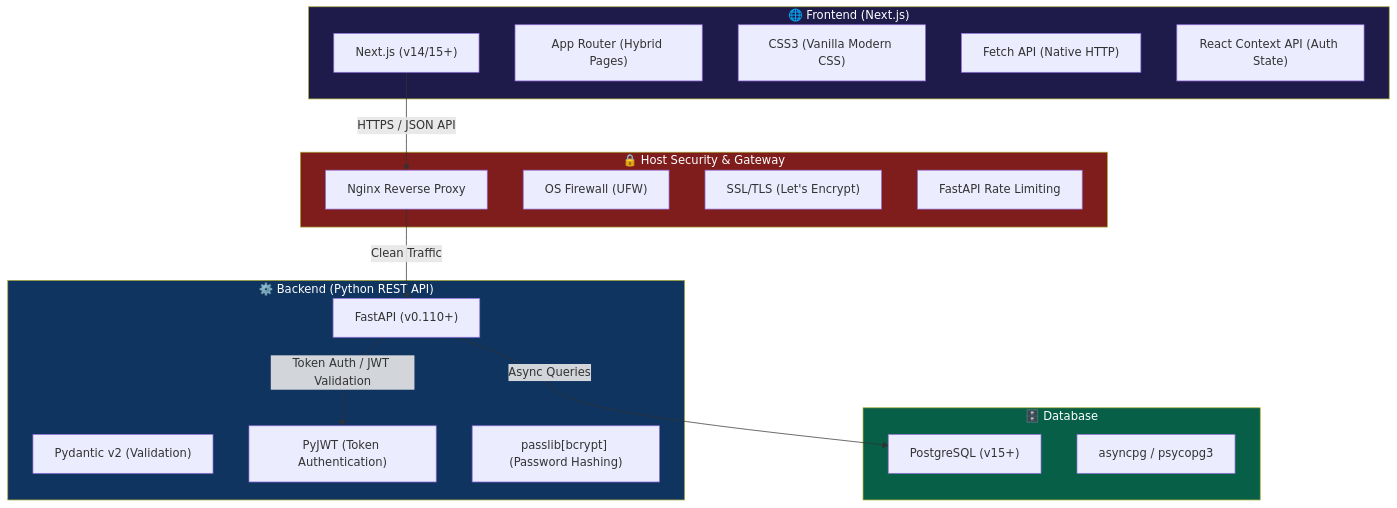
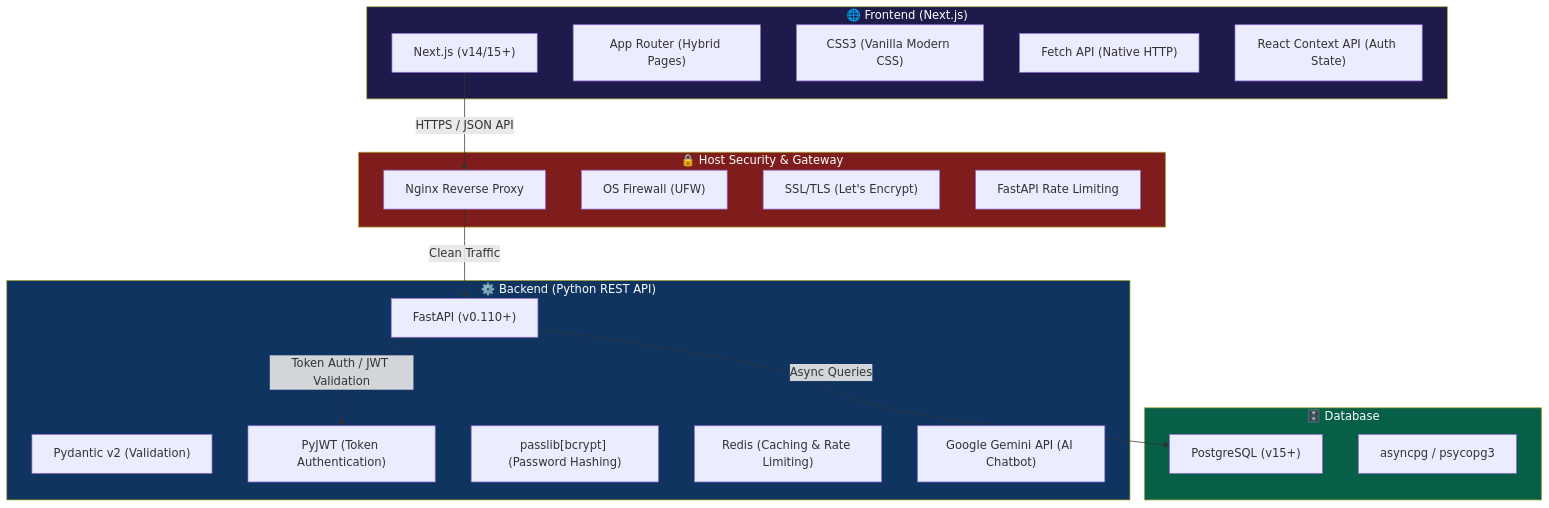
Before and after one commit to algorithnicmind/Bookflow-management: the first of 3 diagrams in docs/02-TRD.md, drawn with Mermaid. The commit also changed other lines of this file and 1 other file, not shown here.

````diff
--- a/docs/02-TRD.md
+++ b/docs/02-TRD.md
@@ -13,39 +13,41 @@
 ```mermaid
 graph TB
     subgraph Frontend["🌐 Frontend (Next.js)"]
         Next["Next.js (v14/15+)"]
         AppRouter["App Router (Hybrid Pages)"]
         CSS["CSS3 (Vanilla Modern CSS)"]
         Fetch["Fetch API (Native HTTP)"]
         Context["React Context API (Auth State)"]
     end
     
     subgraph Backend["⚙️ Backend (Python REST API)"]
         FastAPI["FastAPI (v0.110+)"]
         Pydantic["Pydantic v2 (Validation)"]
         PyJWT["PyJWT (Token Authentication)"]
         Passlib["passlib[bcrypt] (Password Hashing)"]
+        Redis["Redis (Caching & Rate Limiting)"]
+        Gemini["Google Gemini API (AI Chatbot)"]
     end
     
     subgraph Database["🗄️ Database"]
         PG["PostgreSQL (v15+)"]
         AsyncPG["asyncpg / psycopg3"]
     end
     
     subgraph Security["🔒 Host Security & Gateway"]
         Nginx["Nginx Reverse Proxy"]
         UFW["OS Firewall (UFW)"]
         SSL["SSL/TLS (Let's Encrypt)"]
         Limiter["FastAPI Rate Limiting"]
     end
     
     Next -->|HTTPS / JSON API| Nginx
     Nginx -->|Clean Traffic| FastAPI
     FastAPI -->|Token Auth / JWT Validation| PyJWT
     FastAPI -->|Async Queries| PG
     
     style Frontend fill:#1e1b4b,color:#fff
     style Backend fill:#0f3460,color:#fff
     style Database fill:#065f46,color:#fff
     style Security fill:#7f1d1d,color:#fff
 ```
````
